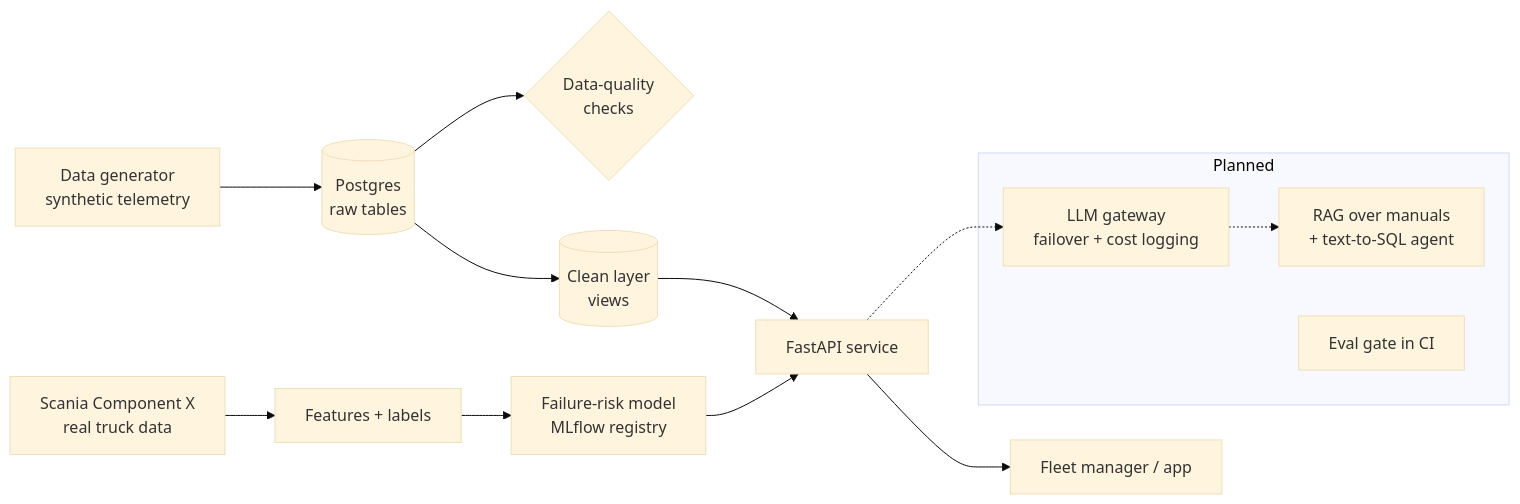
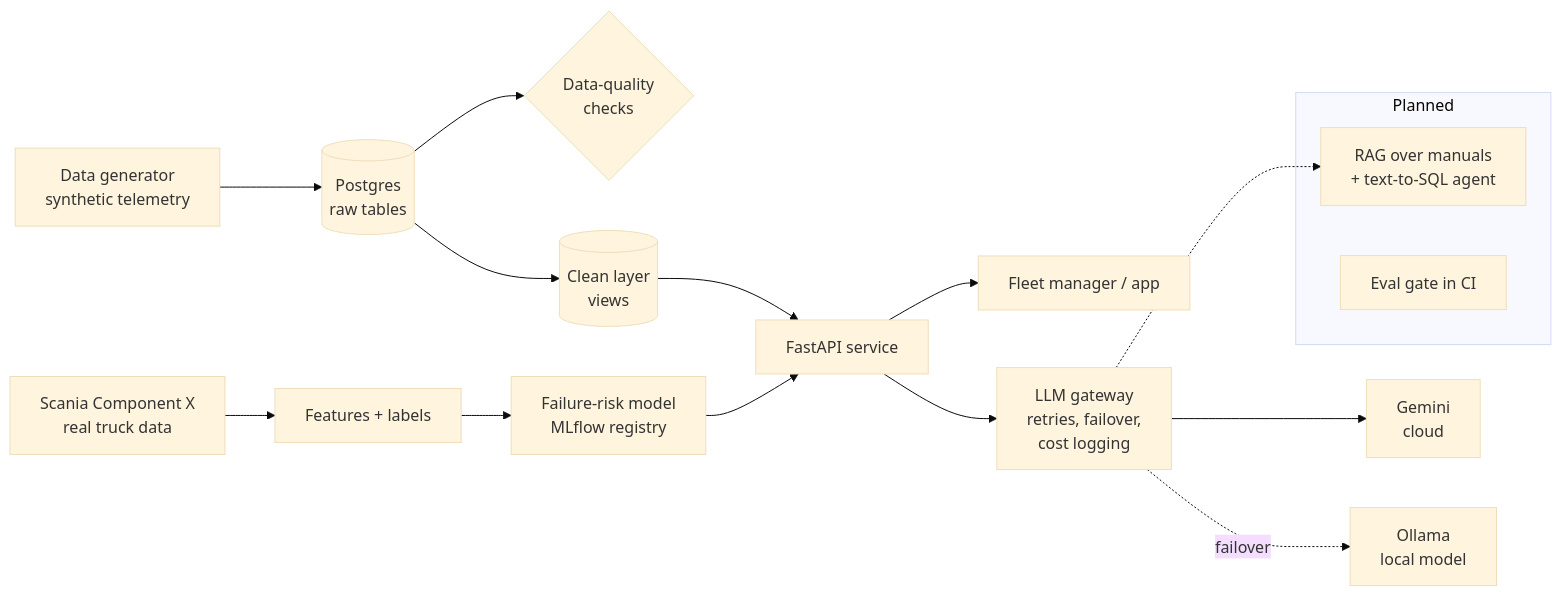
One commit to Dheebika27-99/fleetpilot changed the diagram in README.md. Above: the diagram before and after it, drawn with Mermaid (base theme). The commit also changed other lines of this file and 16 other files, not shown here.

Commit message:
Add LLM gateway with retries, failover, circuit breaker, cost logging, and CI

````diff
--- a/README.md
+++ b/README.md
@@ -12,17 +14,20 @@
 ```mermaid
 flowchart LR
     G[Data generator<br/>synthetic telemetry] --> R[(Postgres<br/>raw tables)]
     R --> Q{Data-quality<br/>checks}
     R --> C[(Clean layer<br/>views)]
     C --> API[FastAPI service]
     API --> U[Fleet manager / app]
 
     S[Scania Component X<br/>real truck data] --> F[Features + labels] --> PM[Failure-risk model<br/>MLflow registry] --> API
 
+    API --> GW[LLM gateway<br/>retries, failover,<br/>cost logging]
+    GW --> GEM[Gemini<br/>cloud]
+    GW -.failover.-> OLL[Ollama<br/>local model]
+
     subgraph planned [Planned]
-        LLM[LLM gateway<br/>failover + cost logging]
         RAG[RAG over manuals<br/>+ text-to-SQL agent]
         EV[Eval gate in CI]
     end
-    API -.-> LLM -.-> RAG
+    GW -.-> RAG
 ```
````
